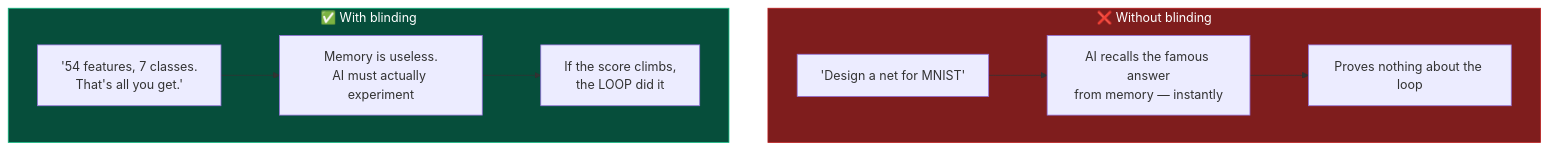
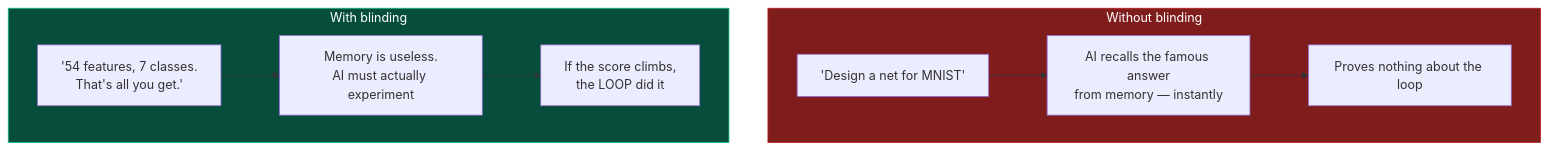
Before and after one commit to m4vic/Autopilot-zero-to-hero: the second of 2 diagrams in book/02-build-your-first-loop.md, drawn with Mermaid. The commit also changed other lines of this file and 15 other files, not shown here.

````diff
--- a/book/02-build-your-first-loop.md
+++ b/book/02-build-your-first-loop.md
@@ -74,12 +74,12 @@
 ```mermaid
-flowchart TB
-    subgraph Cheating["❌ Without blinding"]
+    flowchart TB
+    subgraph Cheating["Without blinding"]
         C1["'Design a net for MNIST'"] --> C2["AI recalls the famous answer<br/>from memory — instantly"] --> C3["Proves nothing about the loop"]
-    end
-    subgraph Honest["✅ With blinding"]
+end
+    subgraph Honest["With blinding"]
         B1["'54 features, 7 classes.<br/>That's all you get.'"] --> B2["Memory is useless.<br/>AI must actually experiment"] --> B3["If the score climbs,<br/>the LOOP did it"]
-    end
+end
 
     style Cheating fill:#7f1d1d,stroke:#b91c1c,color:#fff
     style Honest fill:#064e3b,stroke:#10b981,color:#fff
 ```
````
